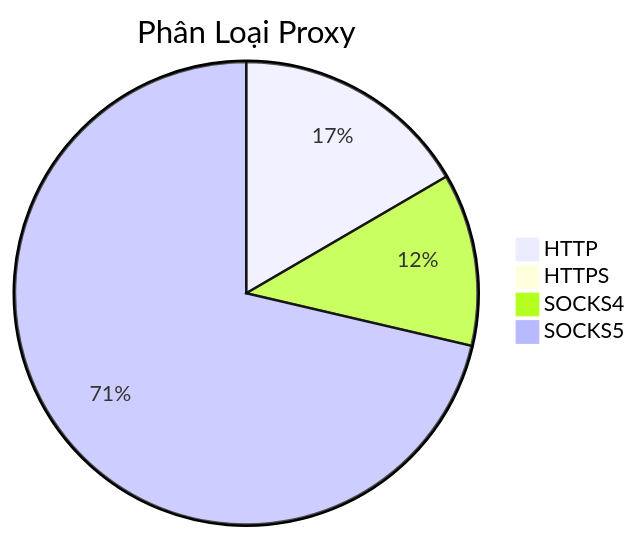
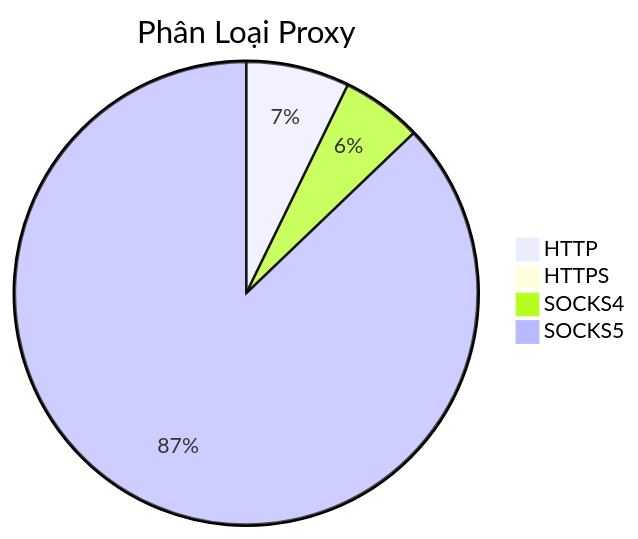
Before and after one commit to Ciara-Aa/PROXY-free: the diagram in README.md, drawn with Mermaid. The commit also changed other lines of this file and 4 other files, not shown here.

````diff
--- a/README.md
+++ b/README.md
@@ -26,7 +26,7 @@
 ```mermaid
 pie title Phân Loại Proxy
-    "HTTP" : 416
+    "HTTP" : 427
     "HTTPS" : 1
-    "SOCKS4" : 302
-    "SOCKS5" : 1788
+    "SOCKS4" : 333
+    "SOCKS5" : 5154
 ```
````
